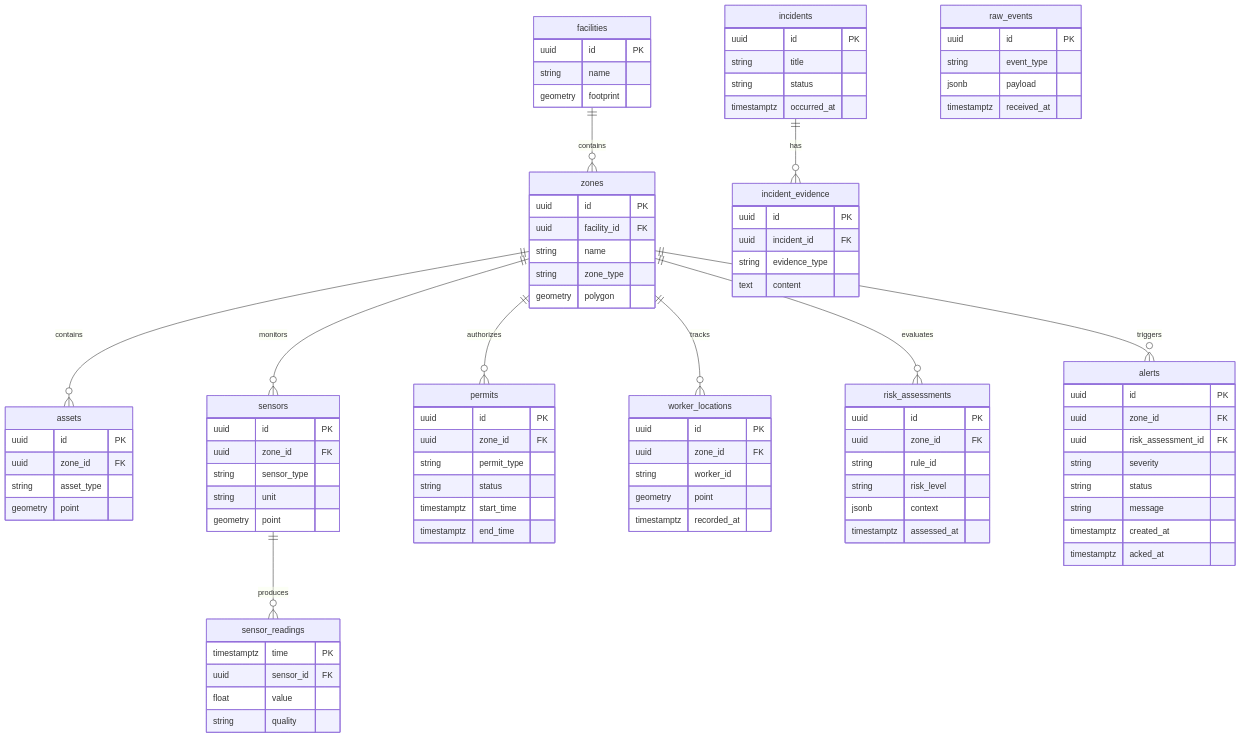
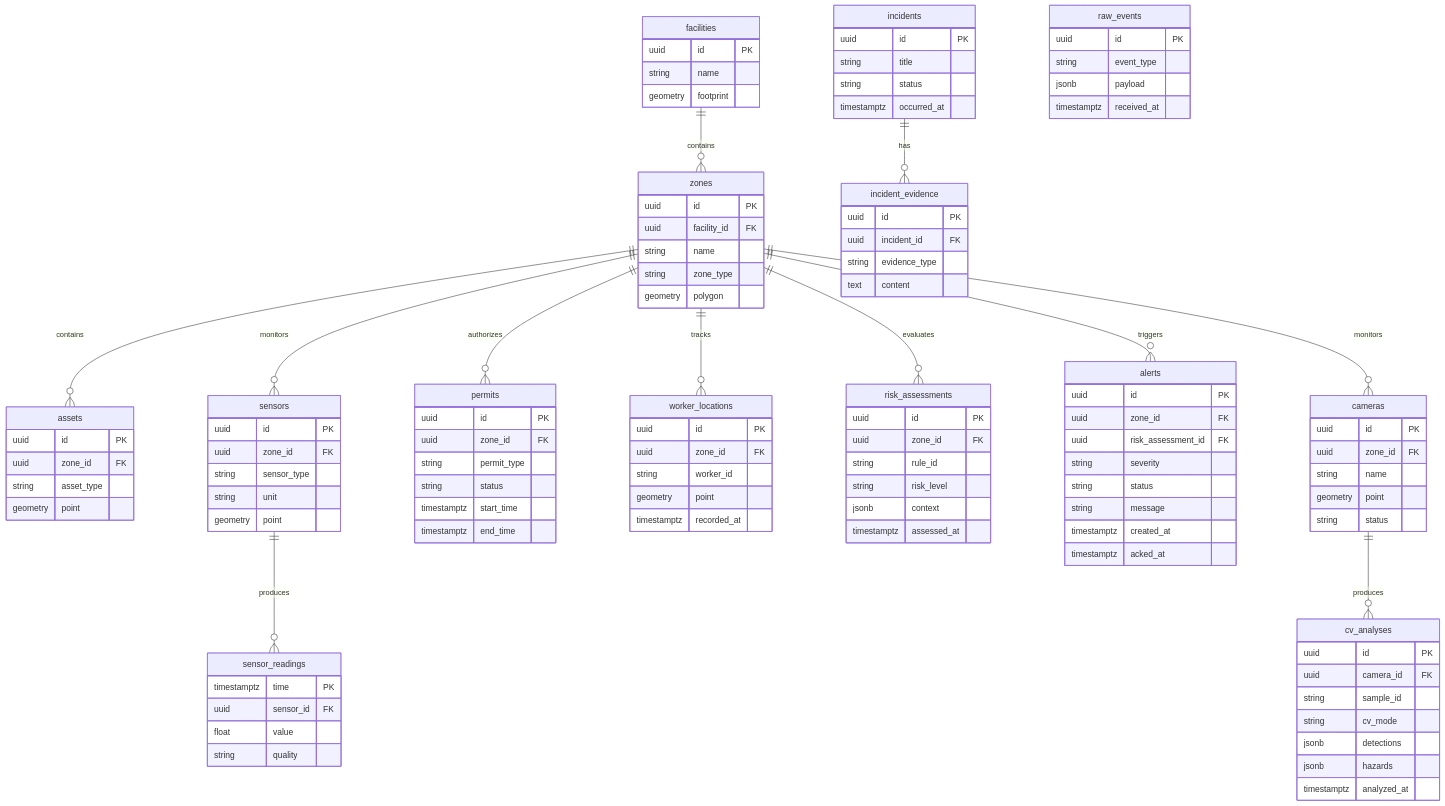
The third of 3 diagrams in docs/architecture.md (kartikeyp011/PRISM), drawn with Mermaid before and after one commit. The commit also changed other lines of this file and 15 other files, not shown here.

````diff
--- a/docs/architecture.md
+++ b/docs/architecture.md
@@ -141,6 +144,8 @@
     zones ||--o{ risk_assessments : evaluates
     zones ||--o{ alerts : triggers
     incidents ||--o{ incident_evidence : has
+    zones ||--o{ cameras : monitors
+    cameras ||--o{ cv_analyses : produces
 
     facilities {
         uuid id PK
@@ -235,4 +240,22 @@
         string evidence_type
         text content
     }
+
+    cameras {
+        uuid id PK
+        uuid zone_id FK
+        string name
+        geometry point
+        string status
+    }
+
+    cv_analyses {
+        uuid id PK
+        uuid camera_id FK
+        string sample_id
+        string cv_mode
+        jsonb detections
+        jsonb hazards
+        timestamptz analyzed_at
+    }
 ```
````
